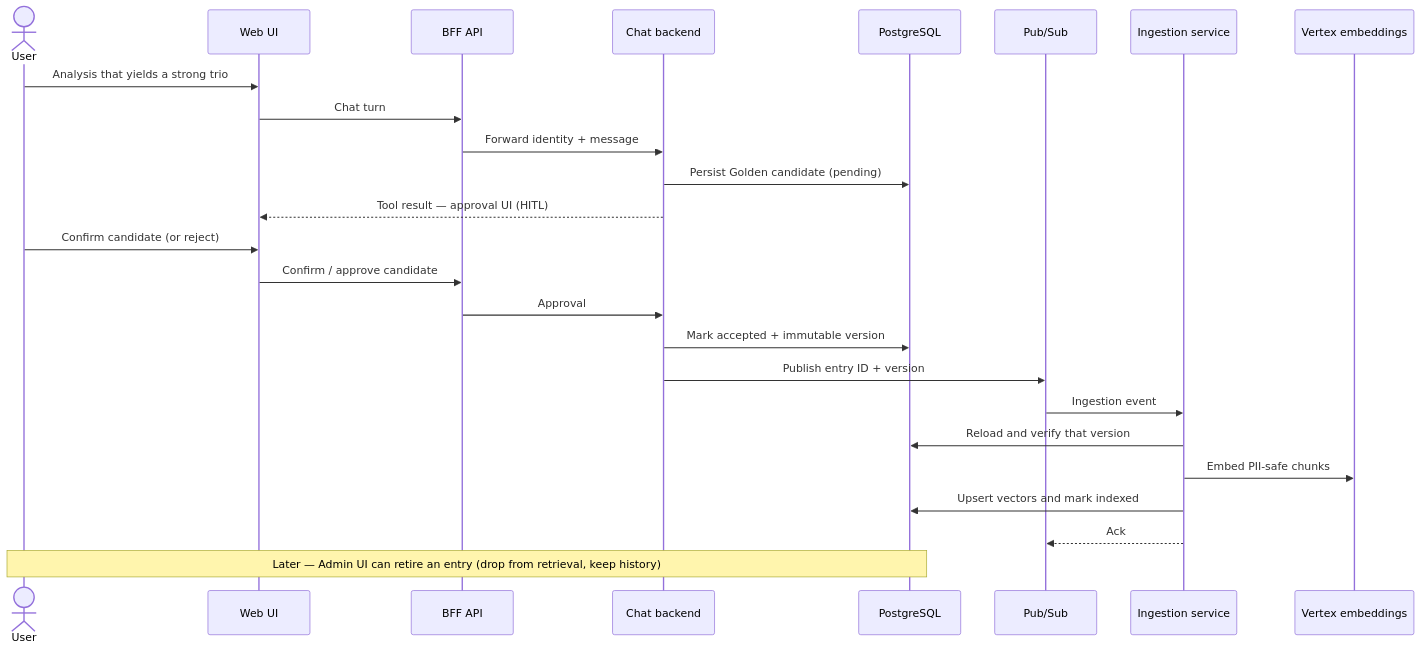
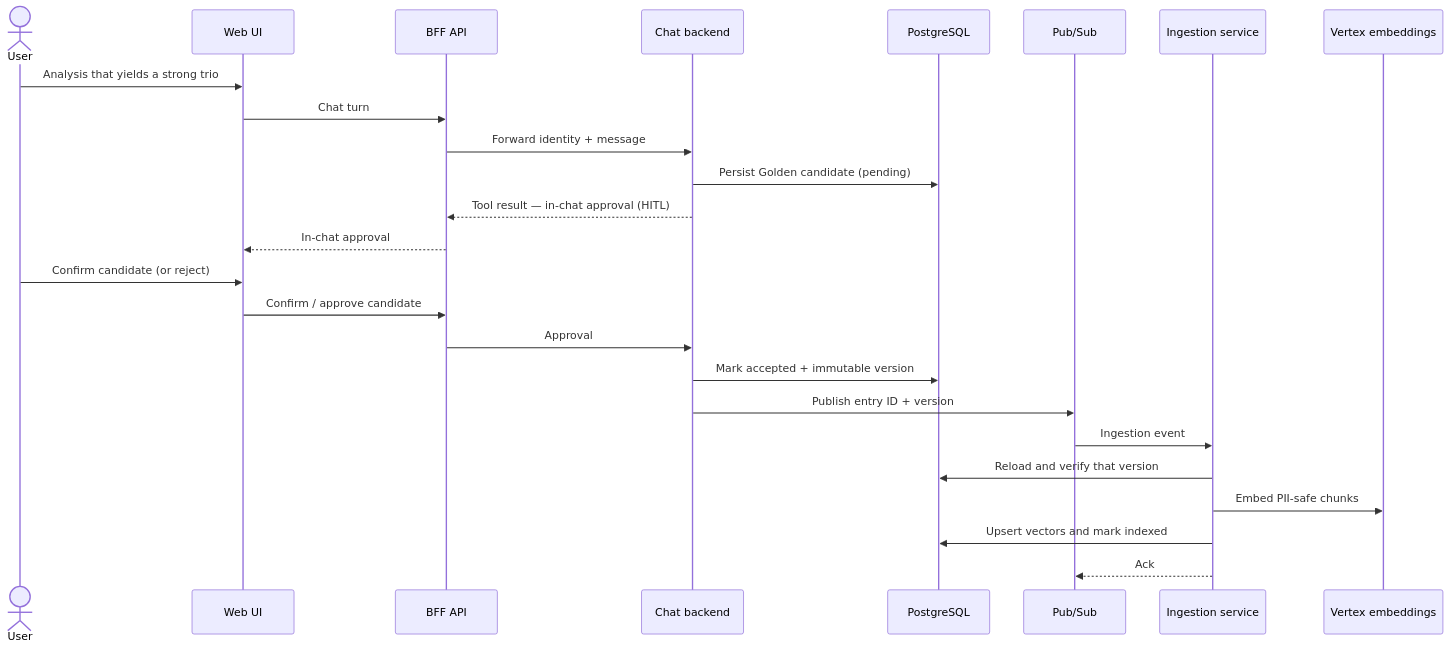
One commit to PiotrJachowicz/opsfleet-assessment changed the third of 5 diagrams in docs/HLD.md. Above: the diagram before and after it, drawn with Mermaid. The commit also changed other lines of this file and 6 other files, not shown here.

````diff
--- a/docs/HLD.md
+++ b/docs/HLD.md
@@ -118,29 +115,28 @@
 ```mermaid
 sequenceDiagram
     actor User
     participant UI as Web UI
     participant BFF as BFF API
     participant Chat as Chat backend
     participant PG as PostgreSQL
     participant Bus as Pub/Sub
     participant Ingest as Ingestion service
     participant Emb as Vertex embeddings
 
     User->>UI: Analysis that yields a strong trio
     UI->>BFF: Chat turn
     BFF->>Chat: Forward identity + message
     Chat->>PG: Persist Golden candidate (pending)
-    Chat-->>UI: Tool result — approval UI (HITL)
+    Chat-->>BFF: Tool result — in-chat approval (HITL)
+    BFF-->>UI: In-chat approval
     User->>UI: Confirm candidate (or reject)
     UI->>BFF: Confirm / approve candidate
     BFF->>Chat: Approval
     Chat->>PG: Mark accepted + immutable version
     Chat->>Bus: Publish entry ID + version
     Bus->>Ingest: Ingestion event
     Ingest->>PG: Reload and verify that version
     Ingest->>Emb: Embed PII-safe chunks
     Ingest->>PG: Upsert vectors and mark indexed
     Ingest-->>Bus: Ack
-
-    Note over User,PG: Later — Admin UI can retire an entry (drop from retrieval, keep history)
 ```
````
